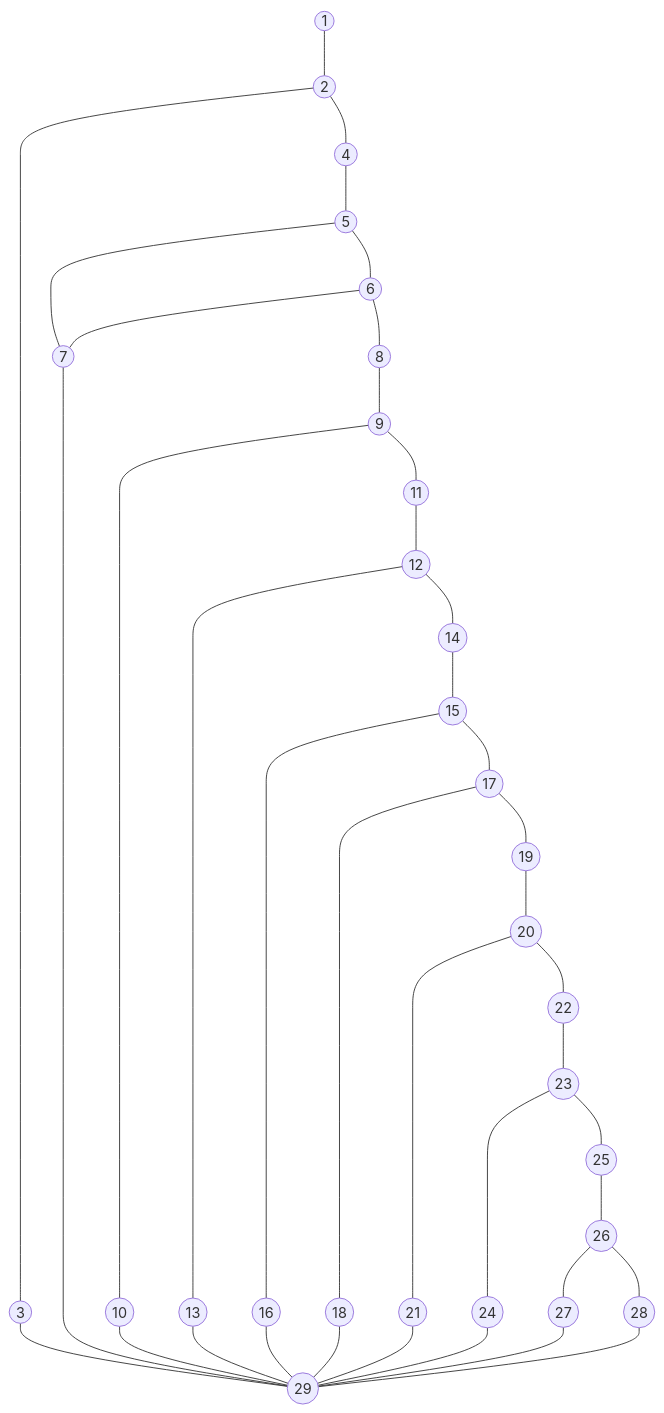
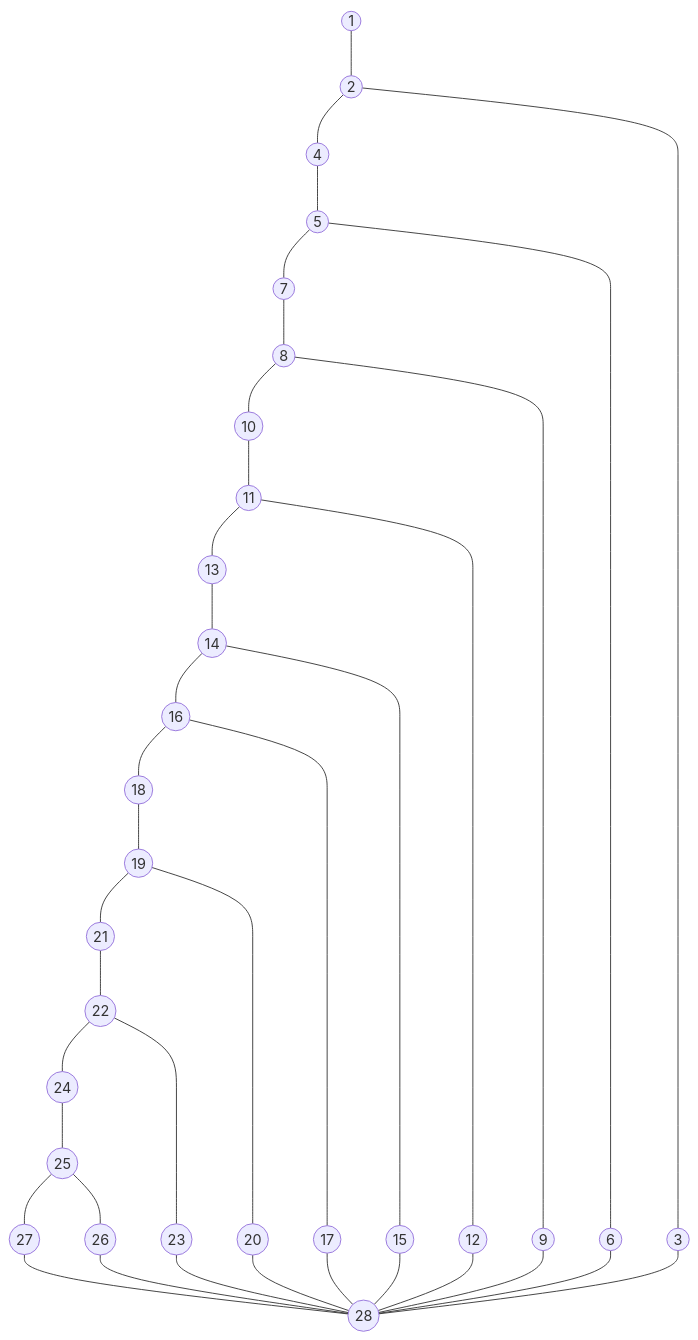
Before and after one commit to bloedige/itdb_ctf: the first of 11 diagrams in tests/docs/caja_blanca_01_enviar_flag.md, drawn with Mermaid. The commit also changed other lines of this file and 47 other files, not shown here.

````diff
--- a/tests/docs/caja_blanca_01_enviar_flag.md
+++ b/tests/docs/caja_blanca_01_enviar_flag.md
@@ -59,41 +85,39 @@
 ```mermaid
 graph TD
     n1((1)) --- n2((2))
-    n2 --- n3((3))
-    n3 --- n29((29))
     n2 --- n4((4))
     n4 --- n5((5))
     n5 --- n7((7))
-    n7 --- n29
+    n7 --- n8((8))
+    n8 --- n10((10))
+    n10 --- n11((11))
+    n11 --- n13((13))
+    n13 --- n14((14))
+    n14 --- n16((16))
+    n16 --- n18((18))
+    n18 --- n19((19))
+    n19 --- n21((21))
+    n21 --- n22((22))
+    n22 --- n24((24))
+    n24 --- n25((25))
+    n25 --- n27((27))
+    n27 --- n28((28))
+    n25 --- n26((26))
+    n26 --- n28
+    n22 --- n23((23))
+    n23 --- n28
+    n19 --- n20((20))
+    n20 --- n28
+    n16 --- n17((17))
+    n17 --- n28
+    n14 --- n15((15))
+    n15 --- n28
+    n11 --- n12((12))
+    n12 --- n28
+    n8 --- n9((9))
+    n9 --- n28
     n5 --- n6((6))
-    n6 --- n7
-    n6 --- n8((8))
-    n8 --- n9((9))
-    n9 --- n10((10))
-    n10 --- n29
-    n9 --- n11((11))
-    n11 --- n12((12))
-    n12 --- n13((13))
-    n13 --- n29
-    n12 --- n14((14))
-    n14 --- n15((15))
-    n15 --- n16((16))
-    n16 --- n29
-    n15 --- n17((17))
-    n17 --- n18((18))
-    n18 --- n29
-    n17 --- n19((19))
-    n19 --- n20((20))
-    n20 --- n21((21))
-    n21 --- n29
-    n20 --- n22((22))
-    n22 --- n23((23))
-    n23 --- n24((24))
-    n24 --- n29
-    n23 --- n25((25))
-    n25 --- n26((26))
-    n26 --- n27((27))
-    n27 --- n29
-    n26 --- n28((28))
-    n28 --- n29
+    n6 --- n28
+    n2 --- n3((3))
+    n3 --- n28
 ```
````
